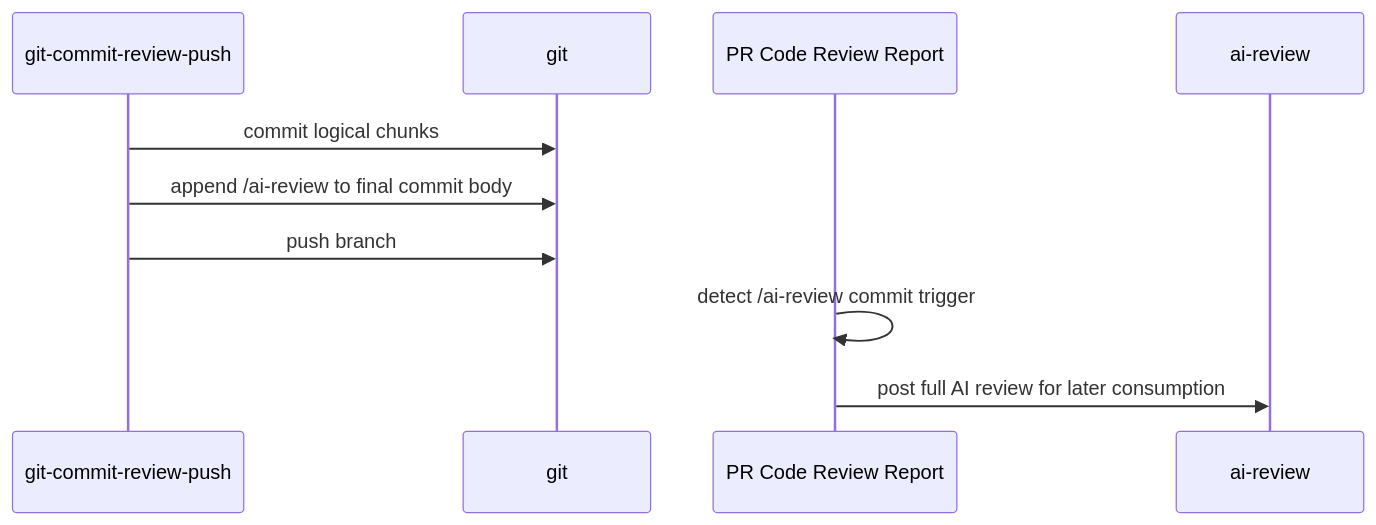
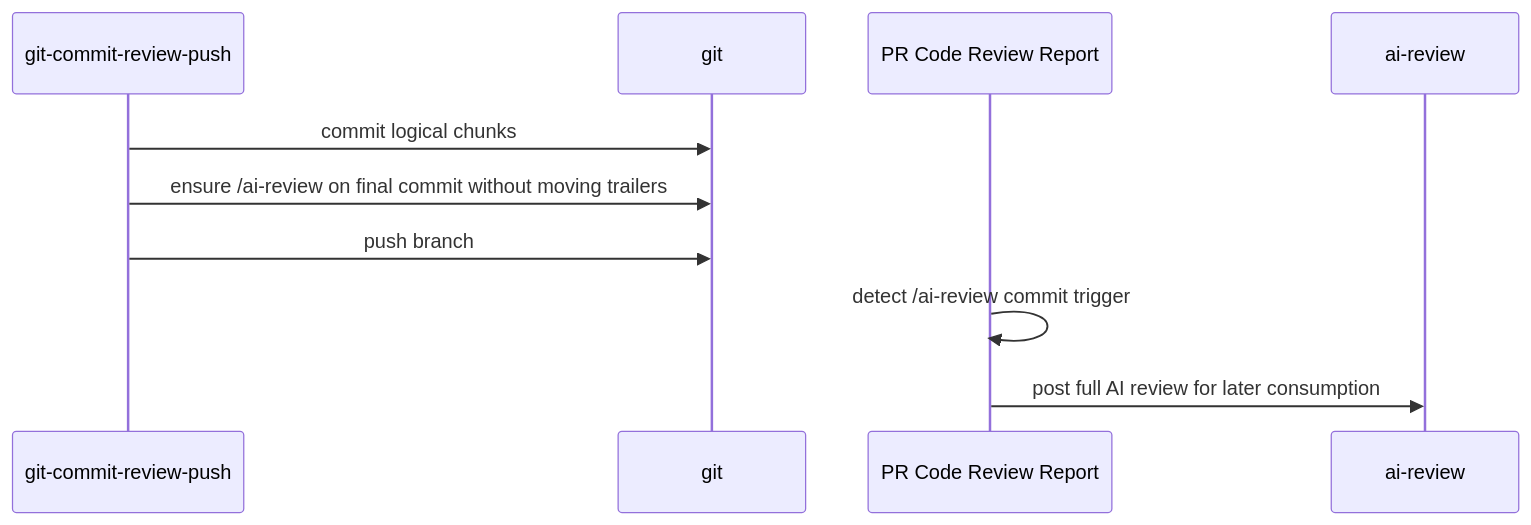
The diagram in .agents/skills/git-commit-review-push/AGENTS.md (generic-automation-and-it/smooth-llm-imposter), drawn with Mermaid before and after one commit. The commit also changed other lines of this file and 1 other file, not shown here.

First line of the commit message:
fix[102]: preserve git trailers in review trigger amendment (#103)

````diff
--- a/.agents/skills/git-commit-review-push/AGENTS.md
+++ b/.agents/skills/git-commit-review-push/AGENTS.md
@@ -15,12 +15,12 @@
 ```mermaid
 sequenceDiagram
     participant Skill as git-commit-review-push
     participant Git as git
     participant GHA as PR Code Review Report
     participant Review as ai-review
     Skill->>Git: commit logical chunks
-    Skill->>Git: append /ai-review to final commit body
+    Skill->>Git: ensure /ai-review on final commit without moving trailers
     Skill->>Git: push branch
     GHA->>GHA: detect /ai-review commit trigger
     GHA->>Review: post full AI review for later consumption
 ```
````
